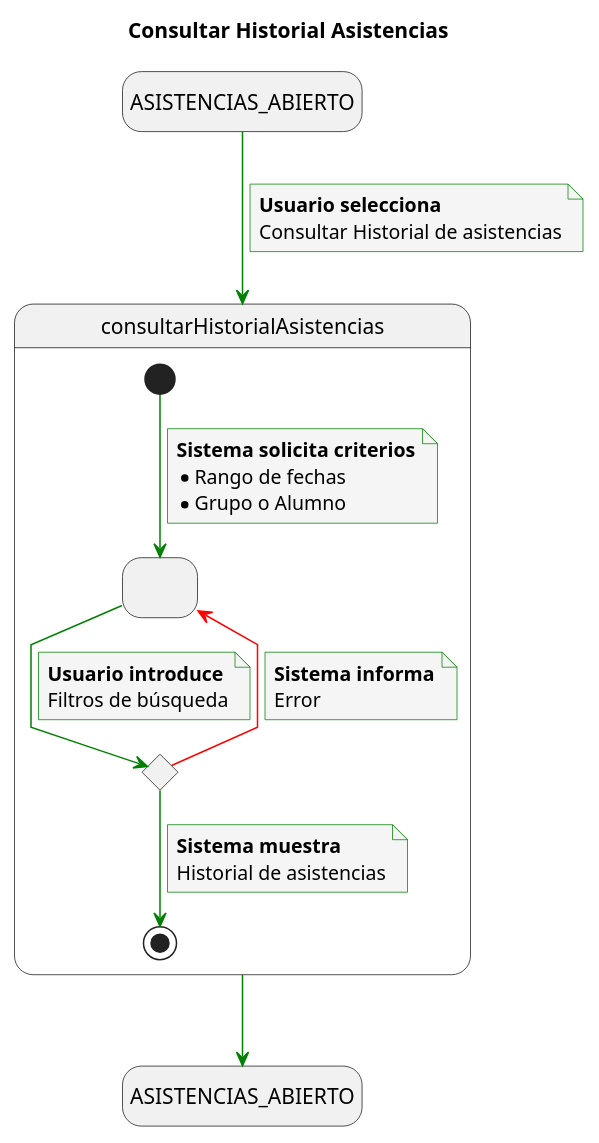
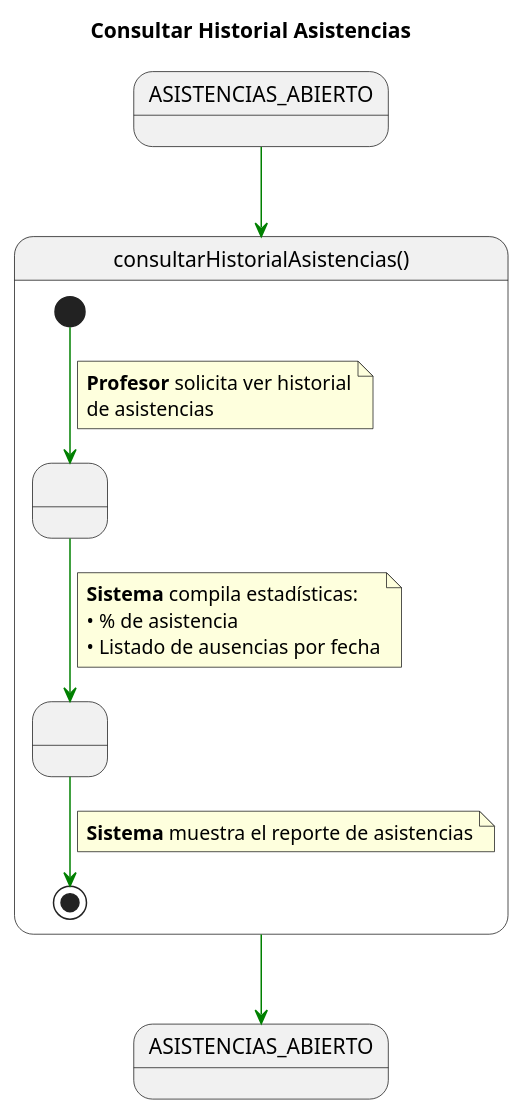
The diagram in documents/CasosDeUso/DetalladoCasosDeUso/Profesor/consultarHistorialAsistencias.puml (enmabry/25-26-IdSw1-SdR), drawn with PlantUML before and after one commit. The commit also changed 11 other files, not shown here.

```diff
--- a/documents/CasosDeUso/DetalladoCasosDeUso/Profesor/consultarHistorialAsistencias.puml
+++ b/documents/CasosDeUso/DetalladoCasosDeUso/Profesor/consultarHistorialAsistencias.puml
@@ -1,54 +1,38 @@
 @startuml
 title Consultar Historial Asistencias
 
-skinparam {
-    NoteBackgroundColor #whiteSmoke
-    ArrowColor #green
-    NoteBorderColor #green
-    linetype polyline
+skinparam linetype polyline
+
+state ASISTENCIAS_ABIERTO_INICIAL as "ASISTENCIAS_ABIERTO"
+state ASISTENCIAS_ABIERTO_FINAL as "ASISTENCIAS_ABIERTO"
+
+ASISTENCIAS_ABIERTO_INICIAL -[#green]-> consultarHistorialAsistencias
+
+state consultarHistorialAsistencias as "consultarHistorialAsistencias()" {
+
+    state " " as SeleccionFiltros
+    state " " as VisualizandoHistorial
+
+    [*] -[#green]-> SeleccionFiltros
+    note on link
+    <b>Profesor</b> solicita ver historial
+    de asistencias
+    end note
+
+    SeleccionFiltros -[#green]-> VisualizandoHistorial
+    note on link
+    <b>Sistema</b> compila estadísticas:
+    • % de asistencia
+    • Listado de ausencias por fecha
+    end note
+
+    VisualizandoHistorial -[#green]-> [*]
+    note on link
+    <b>Sistema</b> muestra el reporte de asistencias
+    end note
+
 }
 
-hide empty description
-
-state startState as "ASISTENCIAS_ABIERTO"
-state endState as "ASISTENCIAS_ABIERTO"
-
-startState --> consultarHistorialAsistencias
-note on link
-    <b>Usuario selecciona</b>
-    Consultar Historial de asistencias
-end note
-
-state consultarHistorialAsistencias {
-    state SeleccionFiltros as " "
-    state ValidarBusqueda <<choice>>
-
-    [*] --> SeleccionFiltros
-    note on link
-        <b>Sistema solicita criterios</b>
-        * Rango de fechas
-        * Grupo o Alumno
-    end note
-
-    SeleccionFiltros --> ValidarBusqueda
-    note on link
-        <b>Usuario introduce</b>
-        Filtros de búsqueda
-    end note
-
-    ValidarBusqueda -[#red]-> SeleccionFiltros
-    note on link
-        <b>Sistema informa</b>
-        Error
-    end note
-
-    ValidarBusqueda --> [*]
-    note on link
-        <b>Sistema muestra</b>
-        Historial de asistencias
-    end note
-}
-
-consultarHistorialAsistencias --> endState
+consultarHistorialAsistencias -[#green]-> ASISTENCIAS_ABIERTO_FINAL
 
 @enduml
```
